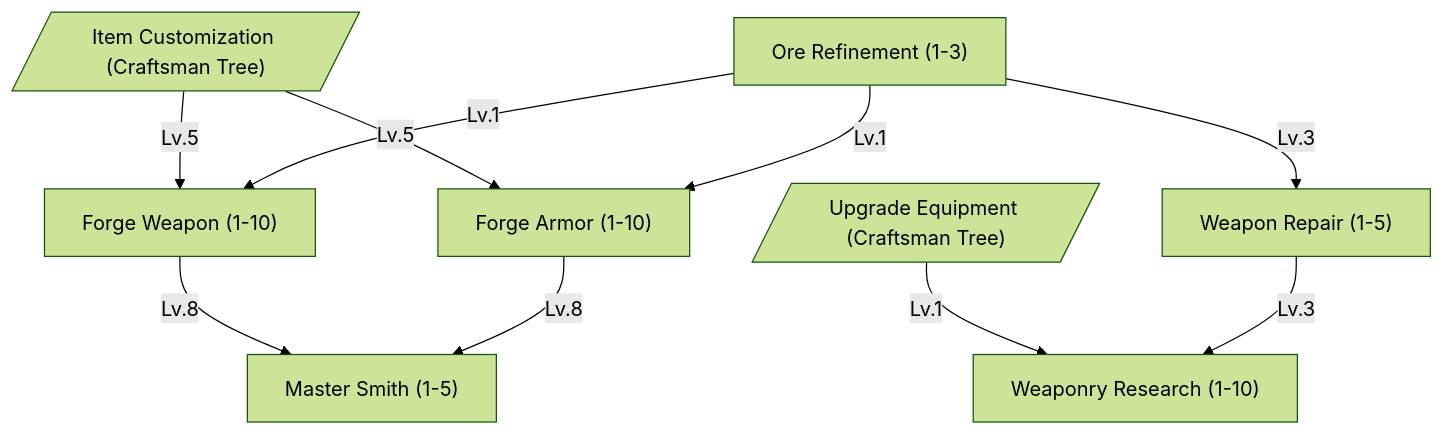
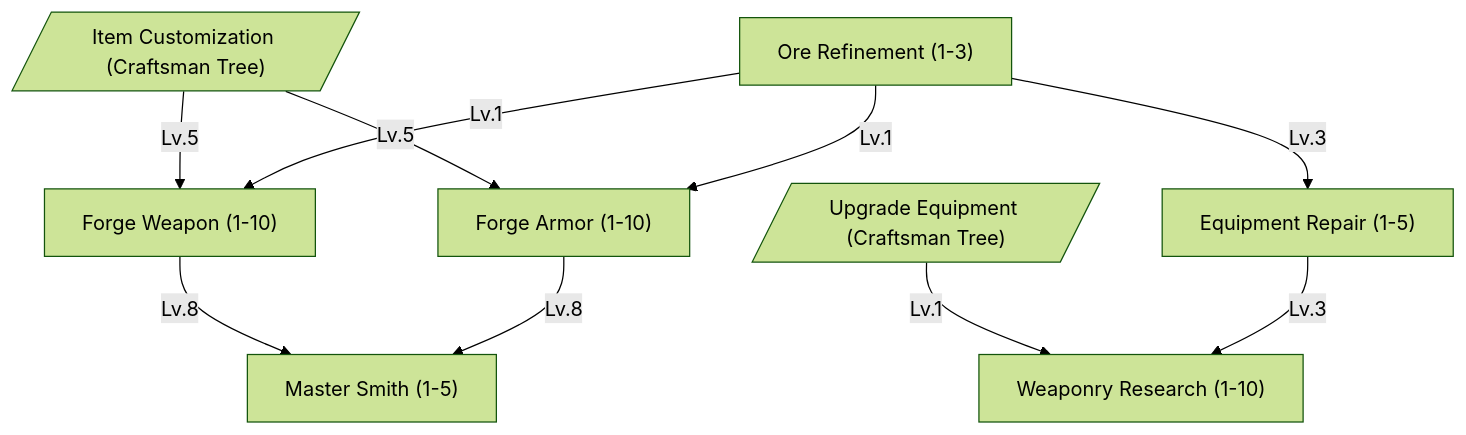
Before and after one commit to tfelix/bestia-docs: the third of 17 diagrams in content/docs/mechanics/master.md, drawn with Mermaid (forest theme). The commit also changed other lines of this file and 1 other file, not shown here.

````diff
--- a/content/docs/mechanics/master.md
+++ b/content/docs/mechanics/master.md
@@ -236,21 +236,21 @@
 ```mermaid
 graph TD
     ItemCustomization[/"Item Customization (Craftsman Tree)"/]
     UpgradeEquipment[/"Upgrade Equipment (Craftsman Tree)"/]
     OreRefinement["Ore Refinement (1-3)"]
     ForgeWeapon["Forge Weapon (1-10)"]
     ForgeArmor["Forge Armor (1-10)"]
-    WeaponRepair["Weapon Repair (1-5)"]
+    WeaponRepair["Equipment Repair (1-5)"]
     WeaponryResearch["Weaponry Research (1-10)"]
     MasterSmith["Master Smith (1-5)"]
 
     ItemCustomization -->|Lv.5| ForgeWeapon
     ItemCustomization -->|Lv.5| ForgeArmor
     OreRefinement -->|Lv.1| ForgeWeapon
     OreRefinement -->|Lv.1| ForgeArmor
     UpgradeEquipment -->|Lv.1| WeaponryResearch
     OreRefinement -->|Lv.3| WeaponRepair
     WeaponRepair -->|Lv.3| WeaponryResearch
     ForgeWeapon -->|Lv.8| MasterSmith
     ForgeArmor -->|Lv.8| MasterSmith
 ```
````
